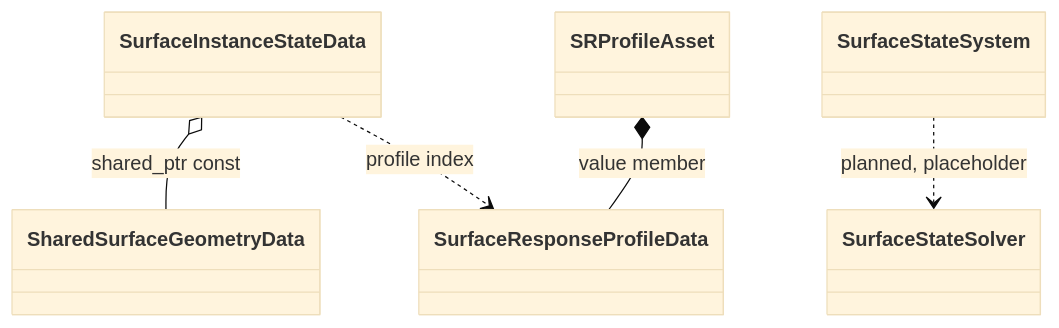
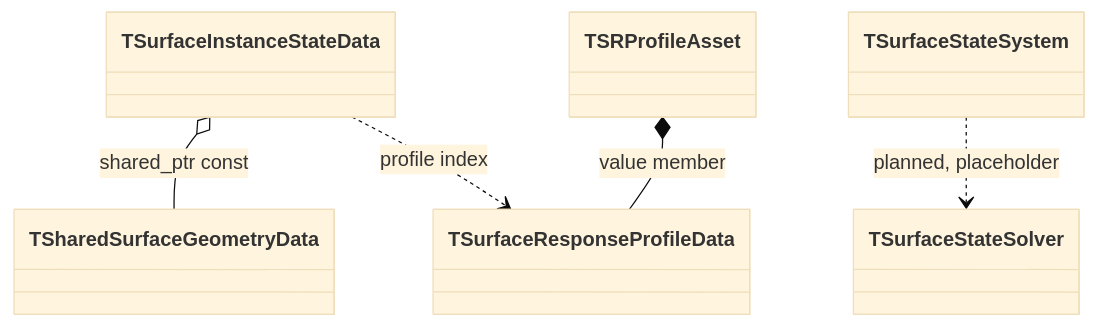
One commit to Yonaim/Material-Dependent-Surface-State-Engine changed the fourth of 4 diagrams in Docs/MDSSP-Vault/05_Development/Code-Structure/0001_Asset-and-Surface-Data-Flow.md. Above: the diagram before and after it, drawn with Mermaid (base theme). The commit also changed other lines of this file and 120 other files, not shown here.

````diff
--- a/Docs/MDSSP-Vault/05_Development/Code-Structure/0001_Asset-and-Surface-Data-Flow.md
+++ b/Docs/MDSSP-Vault/05_Development/Code-Structure/0001_Asset-and-Surface-Data-Flow.md
@@ -246,13 +251,13 @@
 ```mermaid
 classDiagram
-  class SharedSurfaceGeometryData
-  class SurfaceInstanceStateData
-  class SurfaceResponseProfileData
-  class SRProfileAsset
-  class SurfaceStateSolver
-  class SurfaceStateSystem
-  SurfaceInstanceStateData o-- SharedSurfaceGeometryData : shared_ptr const
-  SRProfileAsset *-- SurfaceResponseProfileData : value member
-  SurfaceInstanceStateData ..> SurfaceResponseProfileData : profile index
-  SurfaceStateSystem ..> SurfaceStateSolver : planned, placeholder
+  class TSharedSurfaceGeometryData
+  class TSurfaceInstanceStateData
+  class TSurfaceResponseProfileData
+  class TSRProfileAsset
+  class TSurfaceStateSolver
+  class TSurfaceStateSystem
+  TSurfaceInstanceStateData o-- TSharedSurfaceGeometryData : shared_ptr const
+  TSRProfileAsset *-- TSurfaceResponseProfileData : value member
+  TSurfaceInstanceStateData ..> TSurfaceResponseProfileData : profile index
+  TSurfaceStateSystem ..> TSurfaceStateSolver : planned, placeholder
 ```
````
